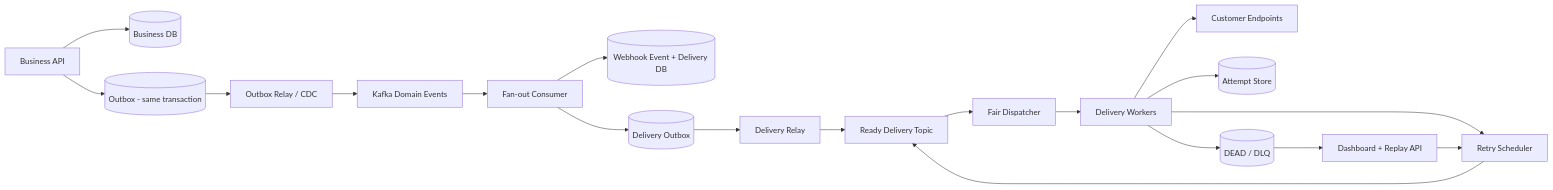
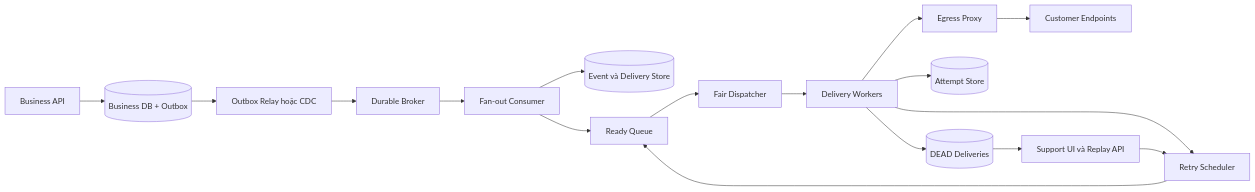
The second of 6 diagrams in content/docs/system-design/05-webhook-delivery-system.mdx (vanhiep99w/interview-question), drawn with Mermaid before and after one commit. The commit also changed other lines of this file and 5 other files, not shown here.

Commit message:
Rewrite webhook delivery system interview doc

````diff
--- a/content/docs/system-design/05-webhook-delivery-system.mdx
+++ b/content/docs/system-design/05-webhook-delivery-system.mdx
@@ -384,21 +129,19 @@
 ```mermaid
 flowchart LR
-    API[Business API] --> DB[(Business DB)]
-    API --> O[(Outbox - same transaction)]
-    O --> R[Outbox Relay / CDC]
-    R --> K[Kafka Domain Events]
-    K --> F[Fan-out Consumer]
-    F --> WD[(Webhook Event + Delivery DB)]
-    F --> DO[(Delivery Outbox)]
-    DO --> DR[Delivery Relay]
-    DR --> RK[Ready Delivery Topic]
-    RK --> D[Fair Dispatcher]
-    D --> W[Delivery Workers]
-    W --> E[Customer Endpoints]
-    W --> A[(Attempt Store)]
+    API[Business API] --> DB[(Business DB + Outbox)]
+    DB --> R[Outbox Relay hoặc CDC]
+    R --> B[Durable Broker]
+    B --> F[Fan-out Consumer]
+    F --> DS[(Event và Delivery Store)]
+    F --> Q[Ready Queue]
+    Q --> FD[Fair Dispatcher]
+    FD --> W[Delivery Workers]
+    W --> EG[Egress Proxy]
+    EG --> EP[Customer Endpoints]
+    W --> AS[(Attempt Store)]
     W --> RS[Retry Scheduler]
-    RS --> RK
-    W --> DLQ[(DEAD / DLQ)]
-    DLQ --> UI[Dashboard + Replay API]
+    RS --> Q
+    W --> DEAD[(DEAD Deliveries)]
+    DEAD --> UI[Support UI và Replay API]
     UI --> RS
 ```
````
